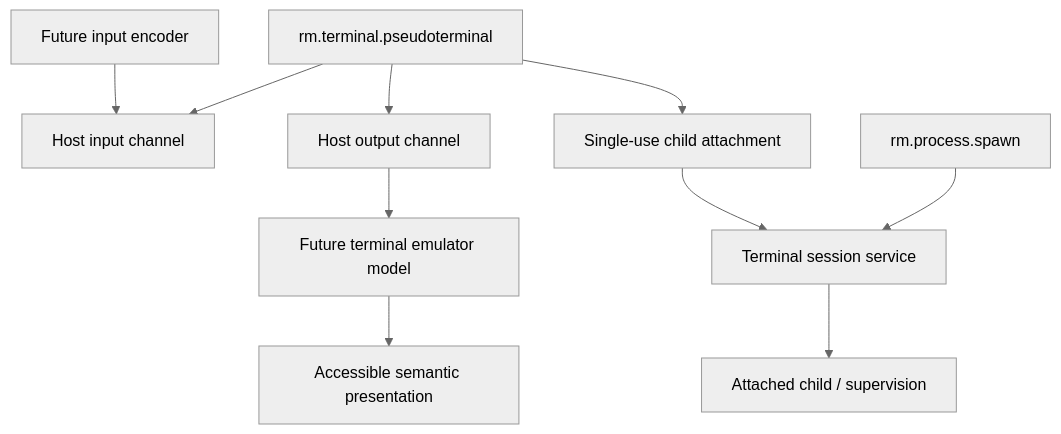
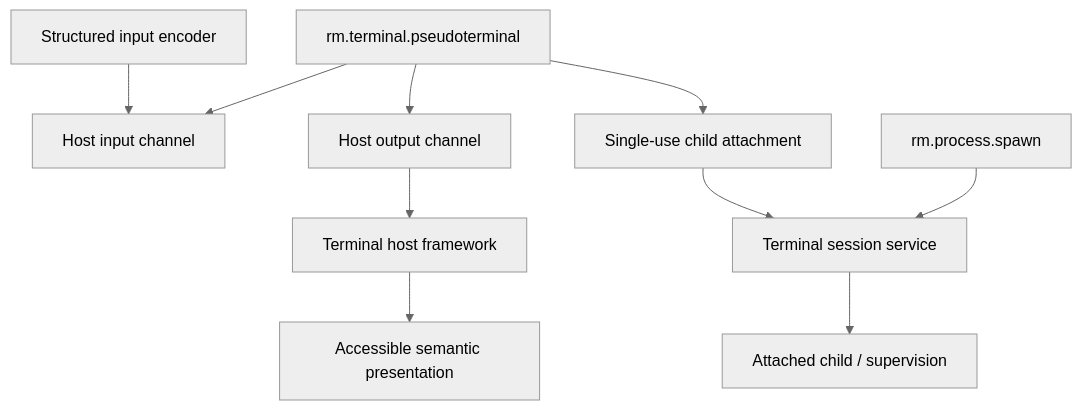
Before and after one commit to Rusty-Mill/rusty_foundation_akb: the diagram in docs/02-capabilities/terminal/README.md, drawn with Mermaid (neutral theme). The commit also changed other lines of this file and 12 other files, not shown here.

Commit message:
Define terminal host framework semantics

````diff
--- a/docs/02-capabilities/terminal/README.md
+++ b/docs/02-capabilities/terminal/README.md
@@ -14,12 +14,12 @@
 ```mermaid
 flowchart TD
     PTY["rm.terminal.pseudoterminal"] --> HostIn["Host input channel"]
     PTY --> HostOut["Host output channel"]
     PTY --> Attach["Single-use child attachment"]
     Spawn["rm.process.spawn"] --> Session["Terminal session service"]
     Attach --> Session
     Session --> Process["Attached child / supervision"]
-    HostOut --> Emulator["Future terminal emulator model"]
-    Input["Future input encoder"] --> HostIn
+    HostOut --> Emulator["Terminal host framework"]
+    Input["Structured input encoder"] --> HostIn
     Emulator --> Accessible["Accessible semantic presentation"]
 ```
````
